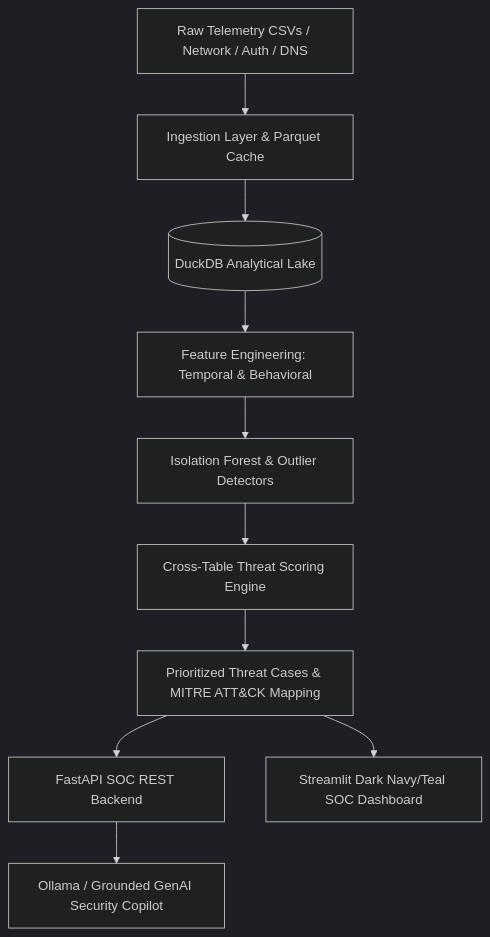
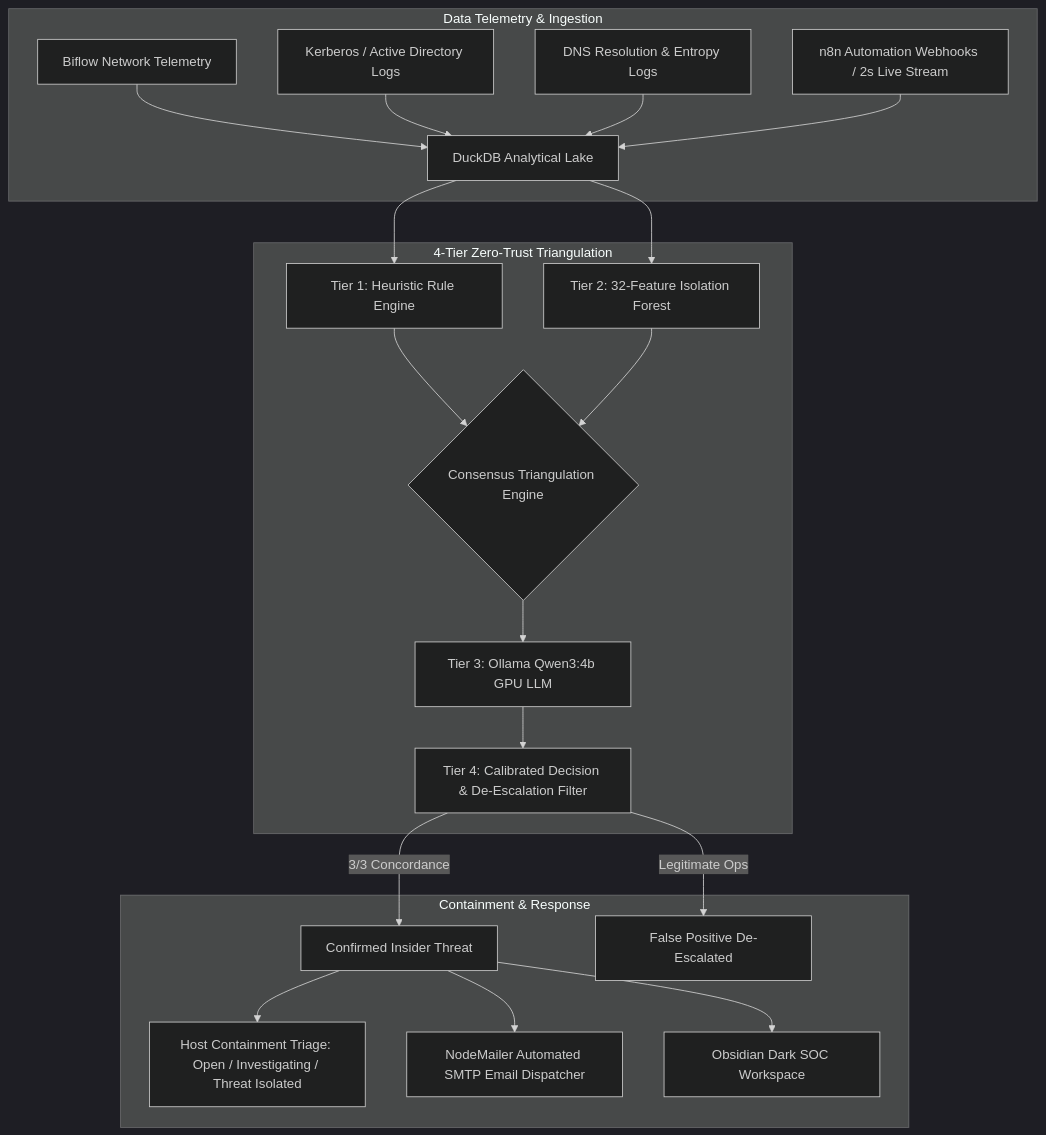
One commit to Hack-On-Tracks/TeamSynapse changed the diagram in README.md. Above: the diagram before and after it, drawn with Mermaid (dark theme). The commit also changed other lines of this file and 50 other files, not shown here.

Commit message:
Fix temporal replay flickering, update button to PLAY, integrate OpenStreetMap threat map and multi-layer consensus

````diff
--- a/README.md
+++ b/README.md
@@ -11,12 +26,26 @@
 ```mermaid
 graph TD
-    A[Raw Telemetry CSVs / Network / Auth / DNS] --> B[Ingestion Layer & Parquet Cache]
-    B --> C[(DuckDB Analytical Lake)]
-    C --> D[Feature Engineering: Temporal & Behavioral]
-    D --> E[Isolation Forest & Outlier Detectors]
-    E --> F[Cross-Table Threat Scoring Engine]
-    F --> G[Prioritized Threat Cases & MITRE ATT&CK Mapping]
-    G --> H[FastAPI SOC REST Backend]
-    G --> I[Streamlit Dark Navy/Teal SOC Dashboard]
-    H --> J[Ollama / Grounded GenAI Security Copilot]
+    subgraph Data Telemetry & Ingestion
+        A1[Biflow Network Telemetry] --> ING[DuckDB Analytical Lake]
+        A2[Kerberos / Active Directory Logs] --> ING
+        A3[DNS Resolution & Entropy Logs] --> ING
+        A4[n8n Automation Webhooks / 2s Live Stream] --> ING
+    end
+
+    subgraph 4-Tier Zero-Trust Triangulation
+        ING --> T1[Tier 1: Heuristic Rule Engine]
+        ING --> T2[Tier 2: 32-Feature Isolation Forest]
+        T1 --> CONSENSUS{Consensus Triangulation Engine}
+        T2 --> CONSENSUS
+        CONSENSUS --> T3[Tier 3: Ollama Qwen3:4b GPU LLM]
+        T3 --> T4[Tier 4: Calibrated Decision & De-Escalation Filter]
+    end
+
+    subgraph Containment & Response
+        T4 -->|3/3 Concordance| THREAT[Confirmed Insider Threat]
+        T4 -->|Legitimate Ops| WHITELIST[False Positive De-Escalated]
+        THREAT --> ISOLATION[Host Containment Triage: Open / Investigating / Threat Isolated]
+        THREAT --> MAIL[NodeMailer Automated SMTP Email Dispatcher]
+        THREAT --> SOC_UI[Obsidian Dark SOC Workspace]
+    end
 ```
````
